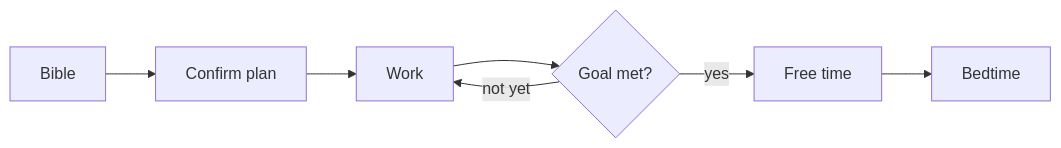
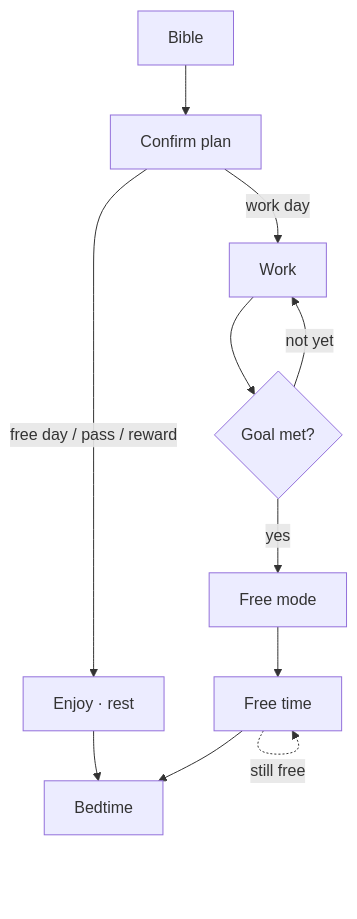
Before and after one commit to EZIOJP/calt-focus: the diagram in README.md, drawn with Mermaid.

Commit message:
Clarify day-loop diagram: work path vs free day to bedtime.
Show confirm-plan branching into work→goal→free mode, or enjoy/rest on a free day.

````diff
--- a/README.md
+++ b/README.md
@@ -46,9 +46,13 @@
 ```mermaid
-flowchart LR
+flowchart TD
   A[Bible] --> B[Confirm plan]
-  B --> C[Work]
+  B -->|work day| C[Work]
+  B -->|free day / pass / reward| G[Enjoy · rest]
   C --> D{Goal met?}
-  D -->|yes| E[Free time]
   D -->|not yet| C
-  E --> F[Bedtime]
+  D -->|yes| E[Free mode]
+  E --> F[Free time]
+  F -.->|still free| F
+  G --> H[Bedtime]
+  F --> H
 ```
````
